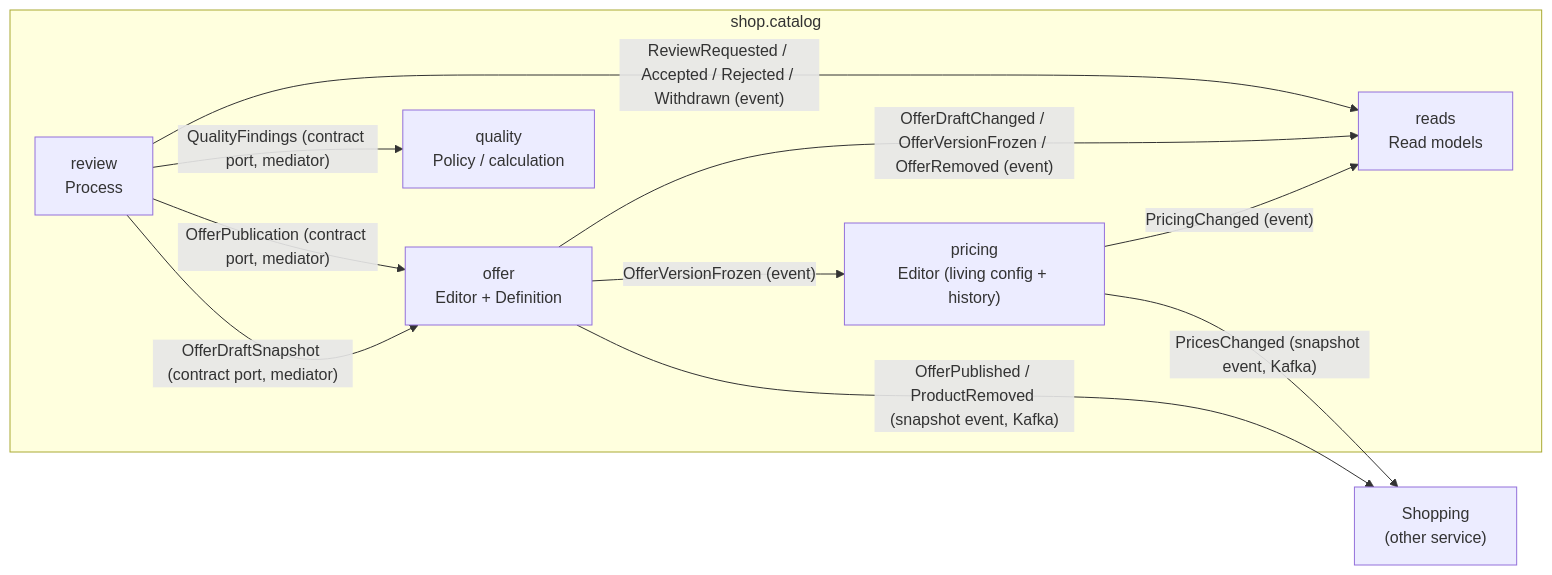
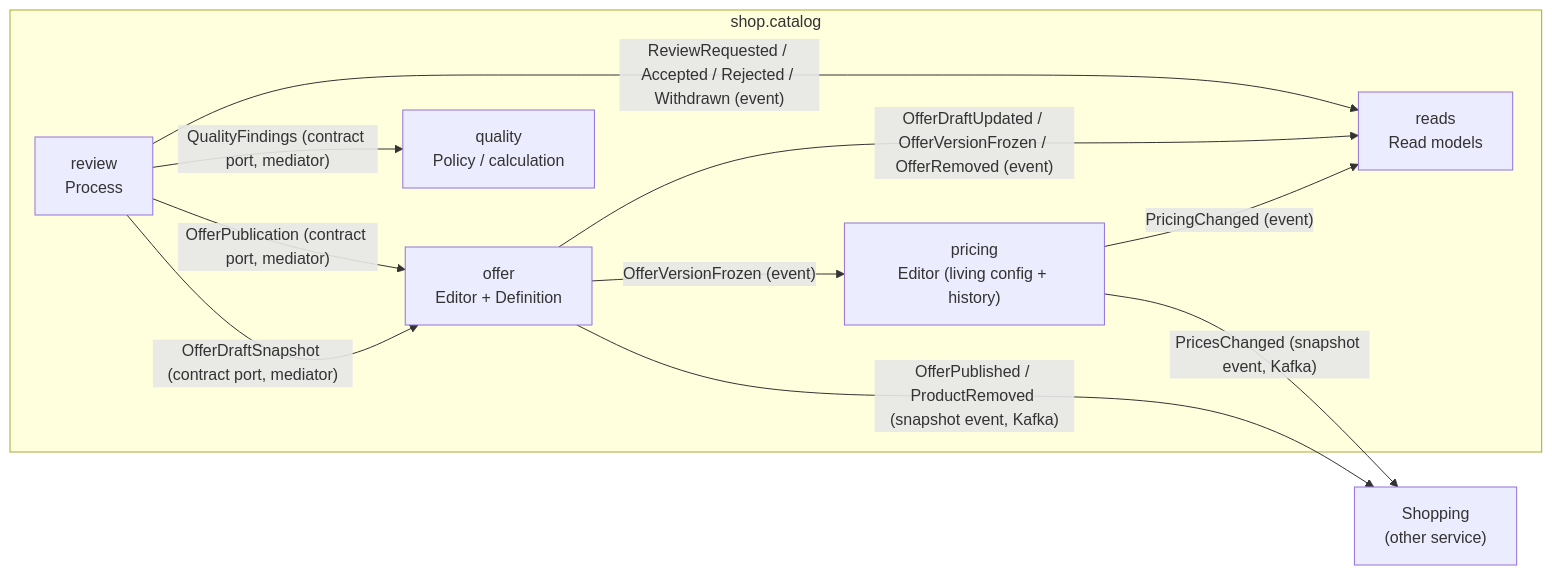
The diagram in docs/specs/catalog/17-contexts-inside.md (michal-michaluk/ecommerce-eval), drawn with Mermaid before and after one commit. The commit also changed other lines of this file, not shown here.

First line of the commit message:
docs(spec): 17 uses 02's event name OfferDraftUpdated

````diff
--- a/docs/specs/catalog/17-contexts-inside.md
+++ b/docs/specs/catalog/17-contexts-inside.md
@@ -10,21 +10,21 @@
 ```mermaid
 flowchart LR
   subgraph catalog["shop.catalog"]
     offer["offer<br/>Editor + Definition"]
     pricing["pricing<br/>Editor (living config + history)"]
     review["review<br/>Process"]
     quality["quality<br/>Policy / calculation"]
     reads["reads<br/>Read models"]
   end
   shopping["Shopping<br/>(other service)"]
 
-  offer -- "OfferDraftChanged / OfferVersionFrozen / OfferRemoved (event)" --> reads
+  offer -- "OfferDraftUpdated / OfferVersionFrozen / OfferRemoved (event)" --> reads
   review -- "ReviewRequested / Accepted / Rejected / Withdrawn (event)" --> reads
   pricing -- "PricingChanged (event)" --> reads
   review -- "QualityFindings (contract port, mediator)" --> quality
   review -- "OfferPublication (contract port, mediator)" --> offer
   review -- "OfferDraftSnapshot (contract port, mediator)" --> offer
   offer -- "OfferVersionFrozen (event)" --> pricing
   offer -- "OfferPublished / ProductRemoved (snapshot event, Kafka)" --> shopping
   pricing -- "PricesChanged (snapshot event, Kafka)" --> shopping
 ```
````
